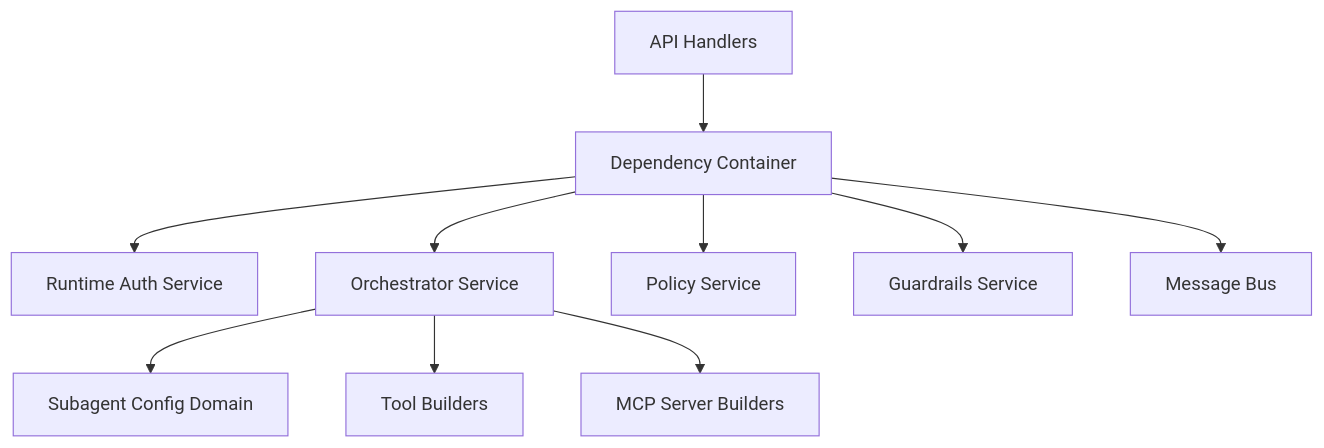
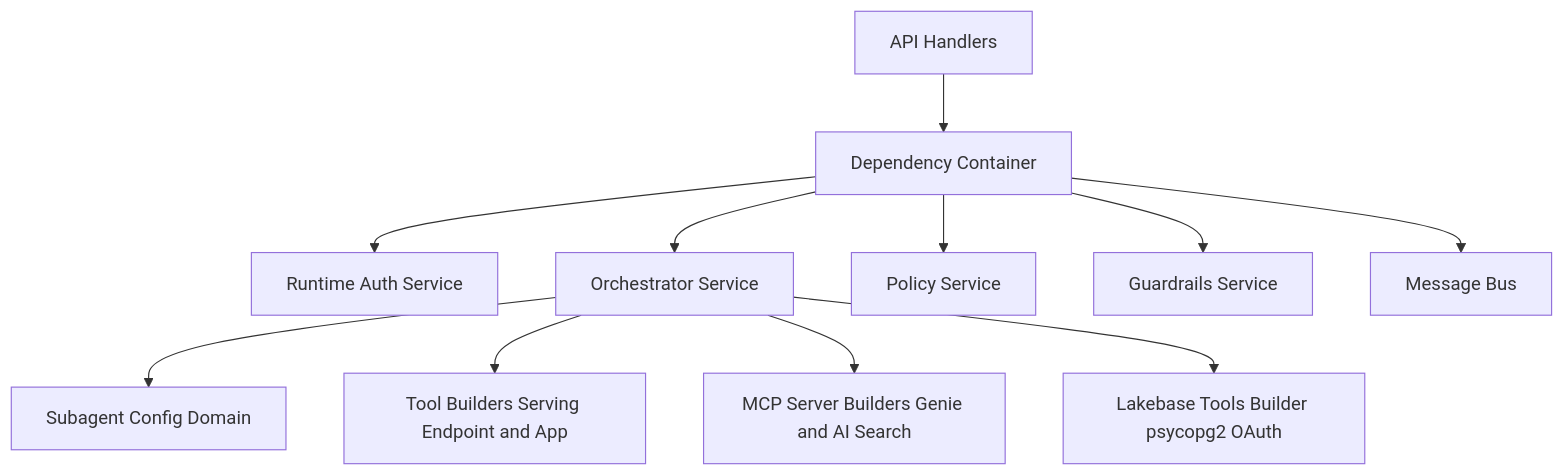
Before and after one commit to wchen-dea/Governed-Multi-Agent-Intelligence-on-Databricks: diagram 11 of 22 in docs/architecture/design-artifacts/00-architecture-board-review.md, drawn with Mermaid. The commit also changed other lines of this file and 9 other files, not shown here.

````diff
--- a/docs/architecture/design-artifacts/00-architecture-board-review.md
+++ b/docs/architecture/design-artifacts/00-architecture-board-review.md
@@ -215,13 +217,14 @@
 ```mermaid
 flowchart TB
     H[API Handlers] --> D[Dependency Container]
     D --> RA[Runtime Auth Service]
     D --> OR[Orchestrator Service]
     D --> PO[Policy Service]
     D --> GR[Guardrails Service]
     D --> MB[Message Bus]
 
     OR --> SC[Subagent Config Domain]
-    OR --> TL[Tool Builders]
-    OR --> MCP[MCP Server Builders]
+    OR --> TL[Tool Builders Serving Endpoint and App]
+    OR --> MCP[MCP Server Builders Genie and AI Search]
+    OR --> LB[Lakebase Tools Builder psycopg2 OAuth]
 ```
````
